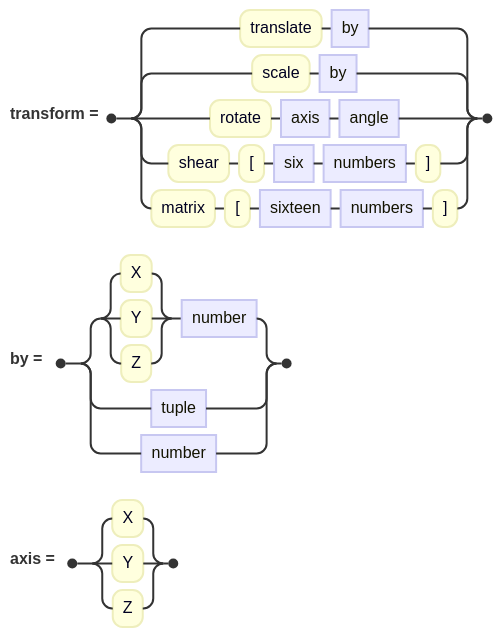
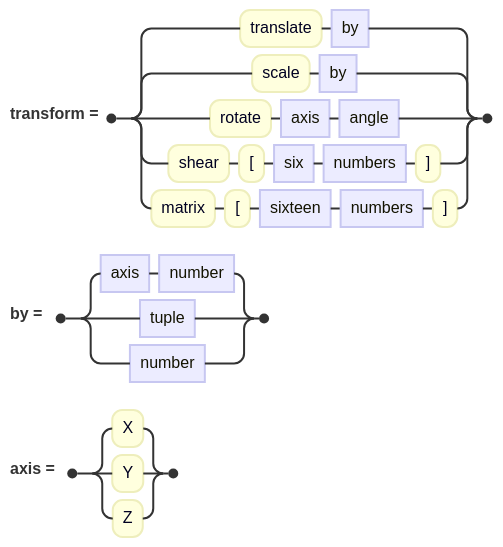
The diagram in docs/diagrams/transforms/transformClause.mmd (jskress/RayTracer), drawn with Mermaid before and after one commit. The commit also changed 48 other files, not shown here.

```diff
--- a/docs/diagrams/transforms/transformClause.mmd
+++ b/docs/diagrams/transforms/transformClause.mmd
@@ -1,9 +1,9 @@
 railroad-ebnf-beta
 title "Transforms"
 
 transform = "translate" by | "scale" by | "rotate" axis angle
           | "shear" "[" six numbers "]" | "matrix" "[" sixteen numbers "]" ;
 
-by = ( "X" | "Y" | "Z" ) number | tuple | number ;
+by = axis number | tuple | number ;
 
 axis = "X" | "Y" | "Z" ;
```
